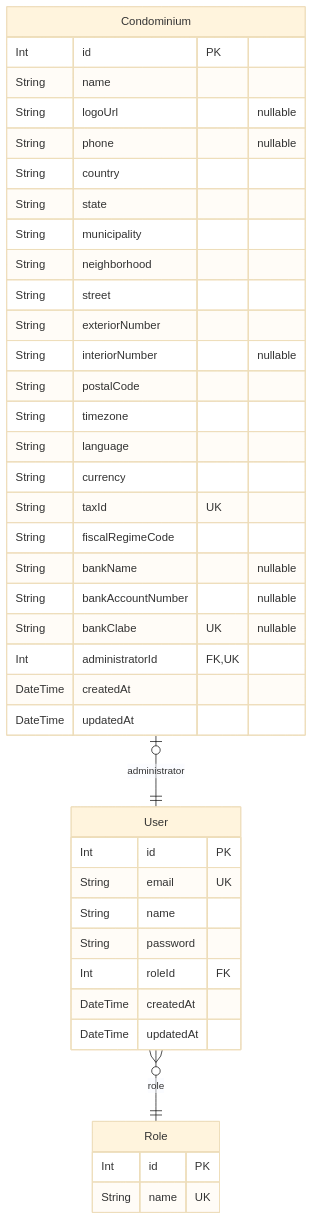
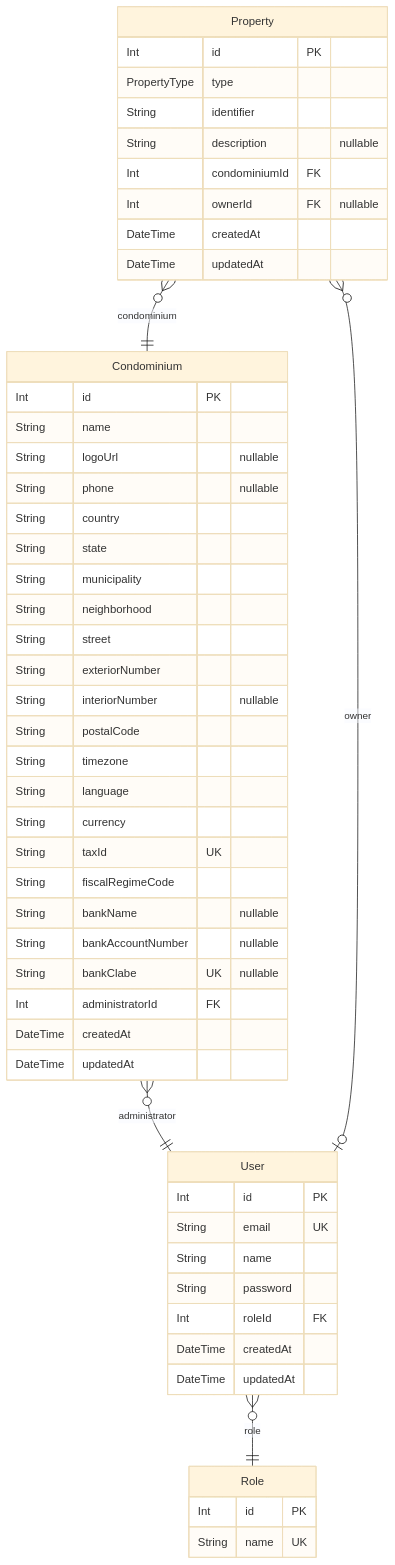
The diagram in backend/prisma/DOCUMENTATION.md (sysadminctl-services/connected.community), drawn with Mermaid (base theme) before and after one commit. The commit also changed other lines of this file and 27 other files, not shown here.

````diff
--- a/backend/prisma/DOCUMENTATION.md
+++ b/backend/prisma/DOCUMENTATION.md
@@ -9,43 +9,55 @@
 ```mermaid
 erDiagram
 "User" {
   Int id PK
   String email UK
   String name
   String password
   Int roleId FK
   DateTime createdAt
   DateTime updatedAt
 }
 "Role" {
   Int id PK
   String name UK
 }
 "Condominium" {
   Int id PK
   String name
   String logoUrl "nullable"
   String phone "nullable"
   String country
   String state
   String municipality
   String neighborhood
   String street
   String exteriorNumber
   String interiorNumber "nullable"
   String postalCode
   String timezone
   String language
   String currency
   String taxId UK
   String fiscalRegimeCode
   String bankName "nullable"
   String bankAccountNumber "nullable"
   String bankClabe UK "nullable"
-  Int administratorId FK,UK
+  Int administratorId FK
+  DateTime createdAt
+  DateTime updatedAt
+}
+"Property" {
+  Int id PK
+  PropertyType type
+  String identifier
+  String description "nullable"
+  Int condominiumId FK
+  Int ownerId FK "nullable"
   DateTime createdAt
   DateTime updatedAt
 }
 "User" }o--|| "Role" : role
-"Condominium" |o--|| "User" : administrator
+"Condominium" }o--|| "User" : administrator
+"Property" }o--|| "Condominium" : condominium
+"Property" }o--o| "User" : owner
 ```
````
